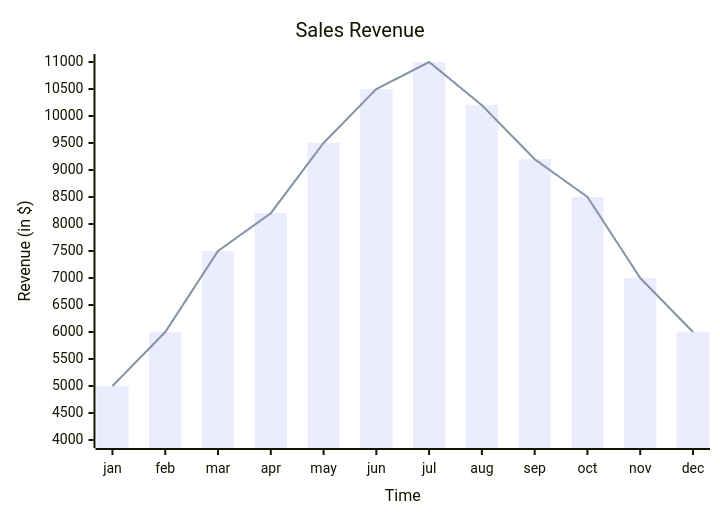
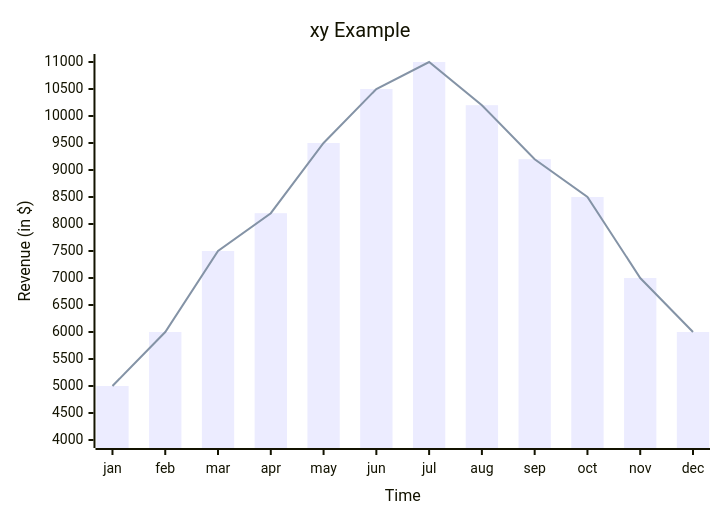
The eighth of 8 diagrams in Markdown/Markdown拾遗.md (sixpigs1/Tutorials-for-Freshman), drawn with Mermaid before and after one commit. The commit also changed other lines of this file, not shown here.

Commit message:
Markdown ++

````diff
--- a/Markdown/Markdown拾遗.md
+++ b/Markdown/Markdown拾遗.md
@@ -151,8 +151,8 @@
 ```mermaid
 xychart-beta
-    title "Sales Revenue"
+    title "xy Example"
     x-axis "Time" [jan, feb, mar, apr, may, jun, jul, aug, sep, oct, nov, dec]
     y-axis "Revenue (in $)" 4000 --> 11000
     bar [5000, 6000, 7500, 8200, 9500, 10500, 11000, 10200, 9200, 8500, 7000, 6000]
     line [5000, 6000, 7500, 8200, 9500, 10500, 11000, 10200, 9200, 8500, 7000, 6000]
 ```
````
